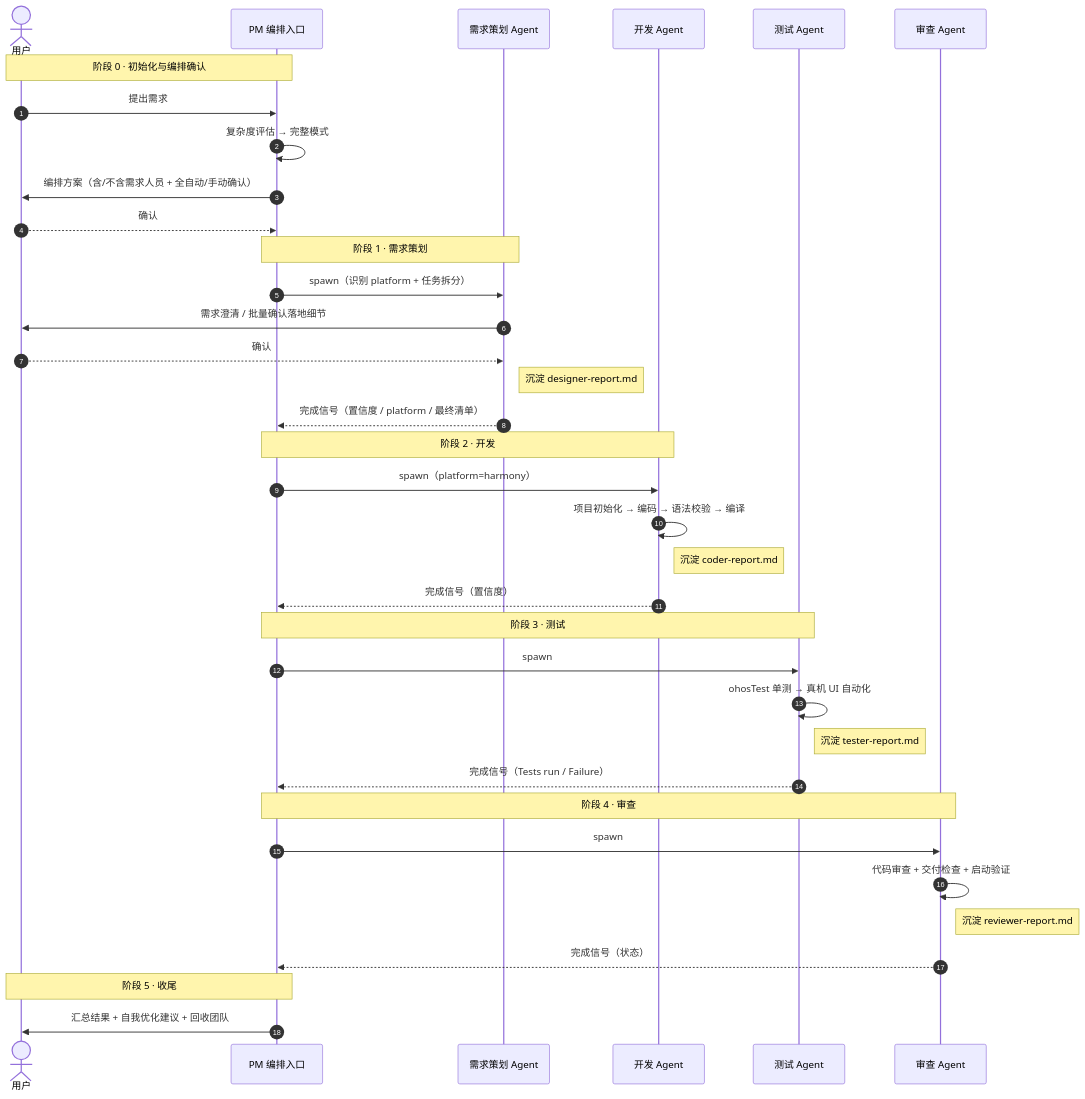
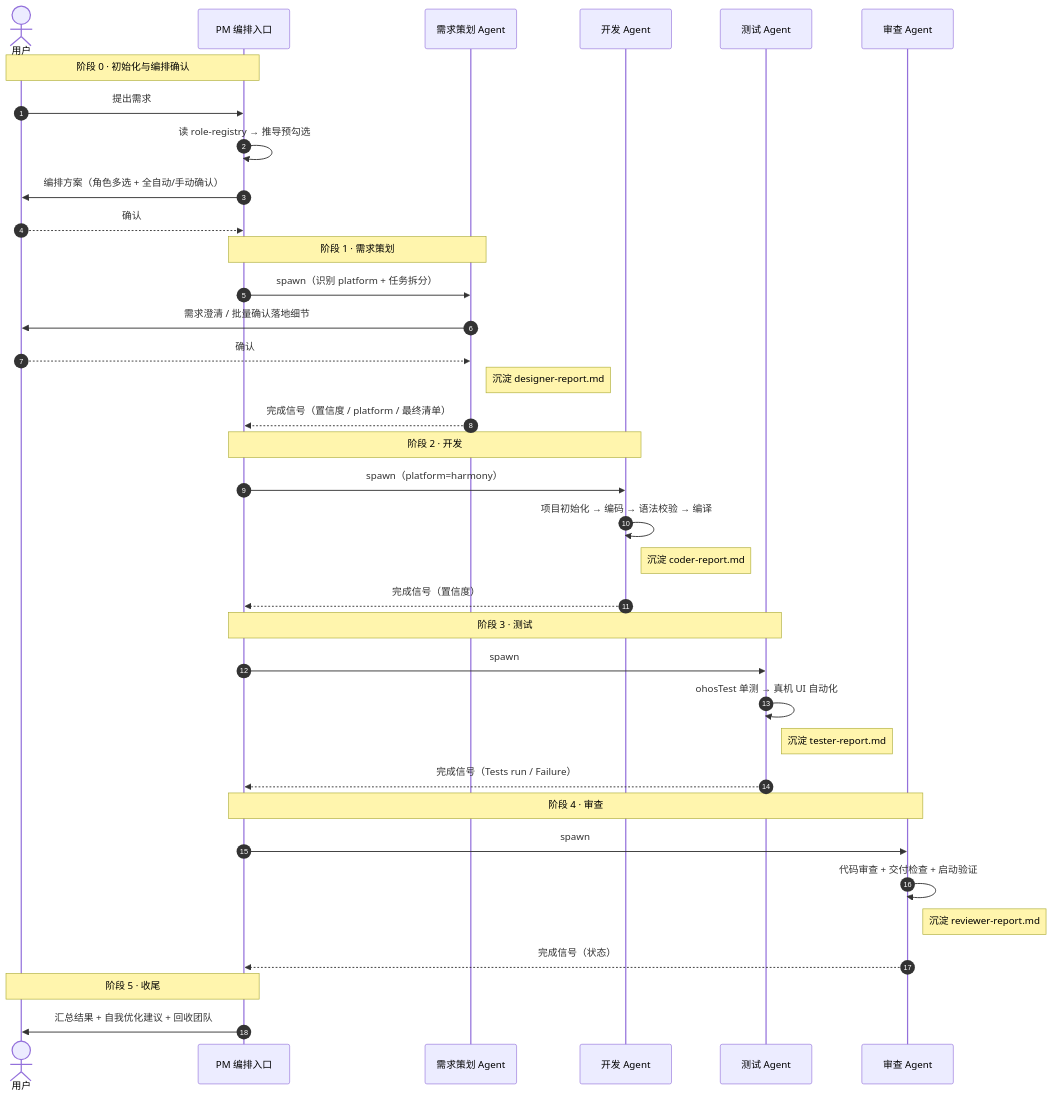
The fifth of 5 diagrams in README.md (pen-ll/ai-team), drawn with Mermaid before and after one commit. The commit also changed other lines of this file and 70 other files, not shown here.

````diff
--- a/README.md
+++ b/README.md
@@ -333,44 +361,44 @@
 ```mermaid
 sequenceDiagram
     autonumber
     actor U as 用户
     participant PM as PM 编排入口
     participant D as 需求策划 Agent
     participant C as 开发 Agent
     participant T as 测试 Agent
     participant R as 审查 Agent
 
     Note over U,PM: 阶段 0 · 初始化与编排确认
     U->>PM: 提出需求
-    PM->>PM: 复杂度评估 → 完整模式
-    PM->>U: 编排方案（含/不含需求人员 + 全自动/手动确认）
+    PM->>PM: 读 role-registry → 推导预勾选
+    PM->>U: 编排方案（角色多选 + 全自动/手动确认）
     U-->>PM: 确认
 
     Note over PM,D: 阶段 1 · 需求策划
     PM->>D: spawn（识别 platform + 任务拆分）
     D->>U: 需求澄清 / 批量确认落地细节
     U-->>D: 确认
     Note right of D: 沉淀 designer-report.md
     D-->>PM: 完成信号（置信度 / platform / 最终清单）
 
     Note over PM,C: 阶段 2 · 开发
     PM->>C: spawn（platform=harmony）
     C->>C: 项目初始化 → 编码 → 语法校验 → 编译
     Note right of C: 沉淀 coder-report.md
     C-->>PM: 完成信号（置信度）
 
     Note over PM,T: 阶段 3 · 测试
     PM->>T: spawn
     T->>T: ohosTest 单测 → 真机 UI 自动化
     Note right of T: 沉淀 tester-report.md
     T-->>PM: 完成信号（Tests run / Failure）
 
     Note over PM,R: 阶段 4 · 审查
     PM->>R: spawn
     R->>R: 代码审查 + 交付检查 + 启动验证
     Note right of R: 沉淀 reviewer-report.md
     R-->>PM: 完成信号（状态）
 
     Note over U,PM: 阶段 5 · 收尾
     PM->>U: 汇总结果 + 自我优化建议 + 回收团队
 ```
````
